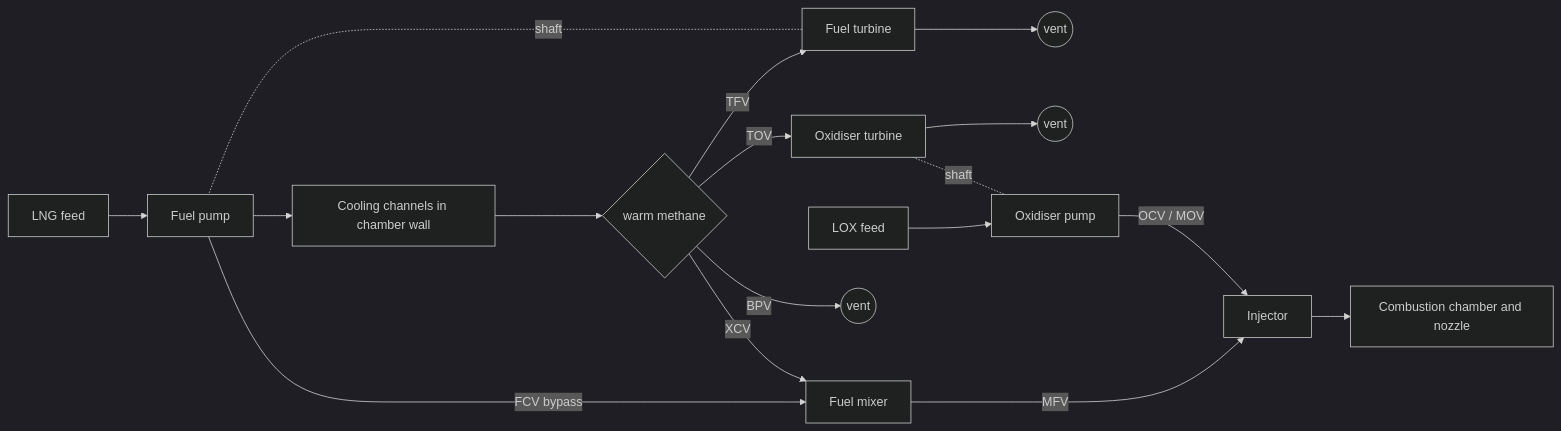
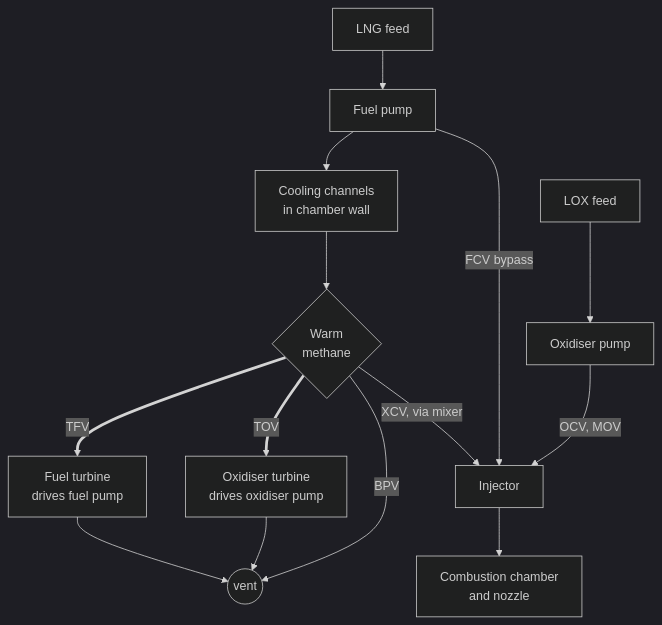
One commit to leandergrech/rl-rocket-engine-control changed the first of 3 diagrams in docs/02-primer.md. Above: the diagram before and after it, drawn with Mermaid (dark theme). The commit also changed other lines of this file and 8 other files, not shown here.

First line of the commit message:
docs: diagrams and charts for every results table

````diff
--- a/docs/02-primer.md
+++ b/docs/02-primer.md
@@ -47,17 +47,15 @@
 ```mermaid
-flowchart LR
-  LNG[LNG feed] --> FP[Fuel pump]
-  FP --> RC[Cooling channels in chamber wall]
-  FP -- FCV bypass --> MIX[Fuel mixer]
-  RC --> H{warm methane}
-  H -- TFV --> FT[Fuel turbine] --> V1((vent))
-  H -- TOV --> OT[Oxidiser turbine] --> V2((vent))
-  H -- XCV --> MIX
-  H -- BPV --> V3((vent))
-  MIX -- MFV --> INJ[Injector]
-  LOX[LOX feed] --> OP[Oxidiser pump]
-  OP -- OCV / MOV --> INJ
-  INJ --> MCC[Combustion chamber and nozzle]
-  FT -. shaft .- FP
-  OT -. shaft .- OP
+flowchart TB
+  LNG["LNG feed"] --> FP["Fuel pump"] --> RC["Cooling channels<br/>in chamber wall"] --> H{"Warm<br/>methane"}
+  LOX["LOX feed"] --> OP["Oxidiser pump"]
+  H -- TFV --> FT["Fuel turbine<br/>drives fuel pump"]
+  H -- TOV --> OT["Oxidiser turbine<br/>drives oxidiser pump"]
+  FT --> V((vent))
+  OT --> V
+  H -- BPV --> V
+  H -- "XCV, via mixer" --> INJ["Injector"]
+  FP -- "FCV bypass" --> INJ
+  OP -- "OCV, MOV" --> INJ
+  INJ --> MCC["Combustion chamber<br/>and nozzle"]
+  linkStyle 4,5 stroke-width:3.5px
 ```
````
